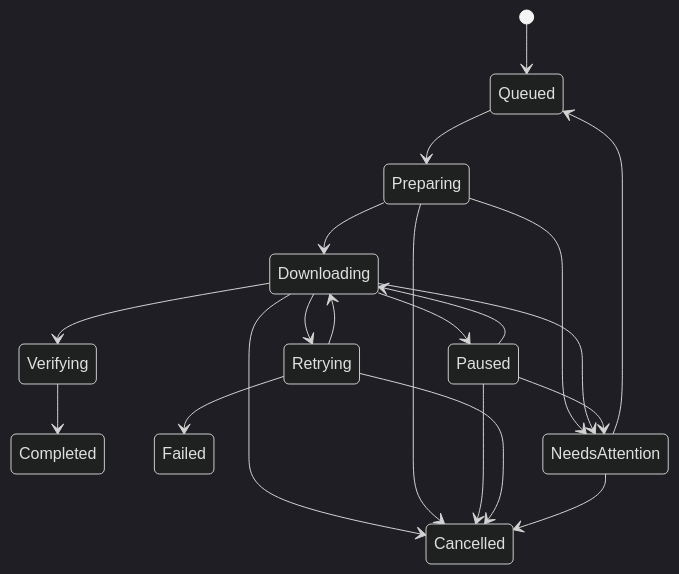
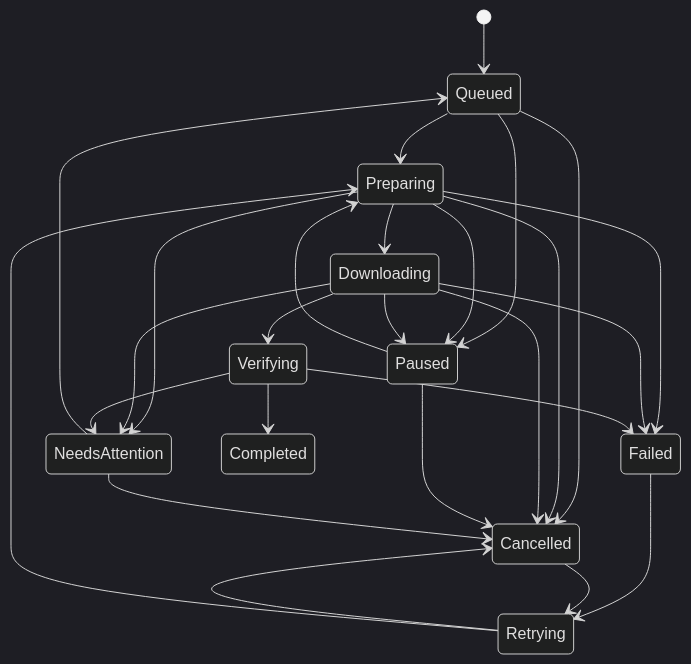
One commit to 0xzahed/SonicFetch changed the first of 4 diagrams in docs/download-state-machine.md. Above: the diagram before and after it, drawn with Mermaid (dark theme). The commit also changed other lines of this file and 31 other files, not shown here.

````diff
--- a/docs/download-state-machine.md
+++ b/docs/download-state-machine.md
@@ -21,25 +21,28 @@
 ```mermaid
 stateDiagram-v2
     [*] --> Queued
     Queued --> Preparing
+    Queued --> Paused
+    Queued --> Cancelled
     Preparing --> Downloading
+    Preparing --> Paused
+    Preparing --> Failed
+    Preparing --> Cancelled
+    Preparing --> NeedsAttention
     Downloading --> Paused
-    Paused --> Downloading
     Downloading --> Verifying
     Verifying --> Completed
-
-    Downloading --> Retrying
-    Retrying --> Downloading
-    Retrying --> Failed
-
+    Downloading --> Failed
     Downloading --> Cancelled
-    Preparing --> Cancelled
+    Downloading --> NeedsAttention
     Paused --> Cancelled
+    Paused --> Preparing
+    Failed --> Retrying
+    Cancelled --> Retrying
     Retrying --> Cancelled
-
-    Preparing --> NeedsAttention
-    Downloading --> NeedsAttention
-    Paused --> NeedsAttention
+    Retrying --> Preparing
+    Verifying --> Failed
+    Verifying --> NeedsAttention
     NeedsAttention --> Queued
     NeedsAttention --> Cancelled
 ```
````
